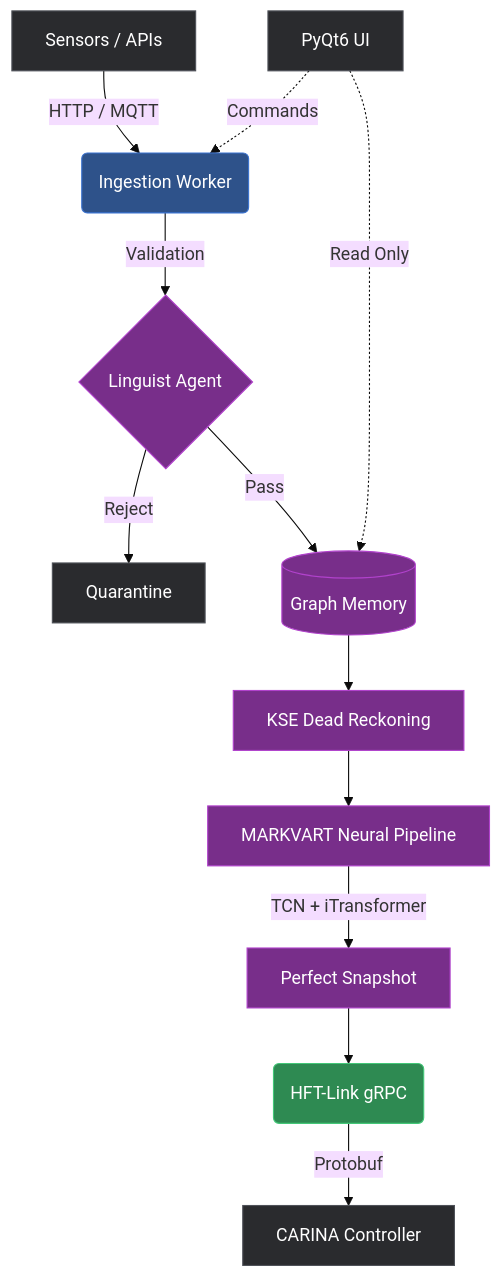
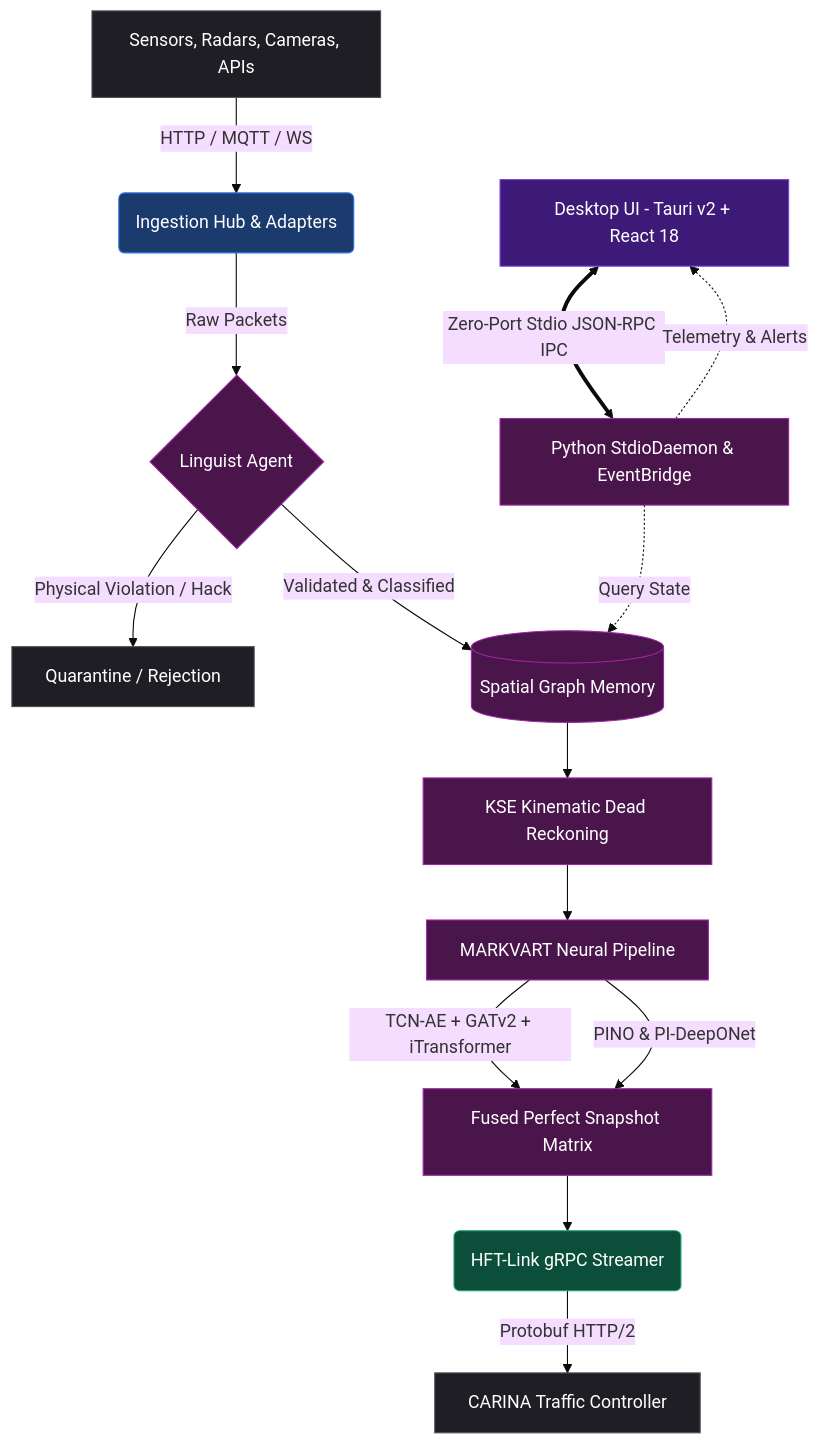
The diagram in README.md (Noxfort/Synapse), drawn with Mermaid (base theme) before and after one commit. The commit also changed other lines of this file and 676 other files, not shown here.

Commit message:
feat(core,ui): refactor to SOLID architecture and modernize desktop UI with Tauri & React

````diff
--- a/README.md
+++ b/README.md
@@ -25,23 +53,30 @@
 ```mermaid
 graph TD
-    %% Define Node Styles
-    classDef External fill:#2a2b2e,stroke:#4f5259,color:#fff;
-    classDef Ingestion fill:#2e528a,stroke:#3b73cf,color:#fff;
-    classDef Core fill:#782e8a,stroke:#b142cc,color:#fff;
-    classDef Transport fill:#2e8a52,stroke:#43c778,color:#fff;
+    %% Styling
+    classDef External fill:#1e1e24,stroke:#4f5259,color:#fff;
+    classDef Ingestion fill:#1b3b6f,stroke:#2e6fdb,color:#fff;
+    classDef Core fill:#4a154b,stroke:#a125a7,color:#fff;
+    classDef Transport fill:#0b4f3a,stroke:#17a574,color:#fff;
+    classDef UI fill:#3d1a78,stroke:#7b3fe4,color:#fff;
 
-    %% Nodes
-    A[Sensors / APIs]:::External -->|HTTP / MQTT| B(Ingestion Worker):::Ingestion
-    B -->|Validation| C{Linguist Agent}:::Core
-    C -- "Reject" --> D[Quarantine]:::External
-    C -- "Pass" --> E[(Graph Memory)]:::Core
-    E --> F[KSE Dead Reckoning]:::Core
+    %% Ingestion Boundary
+    A[Sensors, Radars, Cameras, APIs]:::External -->|HTTP / MQTT / WS| B(Ingestion Hub & Adapters):::Ingestion
+    B -->|Raw Packets| C{Linguist Agent}:::Core
+    C -- "Physical Violation / Hack" --> D[Quarantine / Rejection]:::External
+    C -- "Validated & Classified" --> E[(Spatial Graph Memory)]:::Core
+
+    %% Kinematics & Neural Core
+    E --> F[KSE Kinematic Dead Reckoning]:::Core
     F --> G[MARKVART Neural Pipeline]:::Core
-    G -->|TCN + iTransformer| H[Perfect Snapshot]:::Core
-    H --> I(HFT-Link gRPC):::Transport
-    I -->|Protobuf| J[CARINA Controller]:::External
+    G -->|TCN-AE + GATv2 + iTransformer| H[Fused Perfect Snapshot Matrix]:::Core
+    G -->|PINO & PI-DeepONet| H
+
+    %% HFT Transport
+    H --> I(HFT-Link gRPC Streamer):::Transport
+    I -->|Protobuf HTTP/2| J[CARINA Traffic Controller]:::External
     
-    %% UI interactions
-    U[PyQt6 UI]:::External -.->|Read Only| E
-    U -.->|Commands| B
+    %% Desktop Frontend Interface
+    U[Desktop UI - Tauri v2 + React 18]:::UI <==>|Zero-Port Stdio JSON-RPC IPC| K[Python StdioDaemon & EventBridge]:::Core
+    K -.->|Query State| E
+    K -.->|Telemetry & Alerts| U
 ```
````
